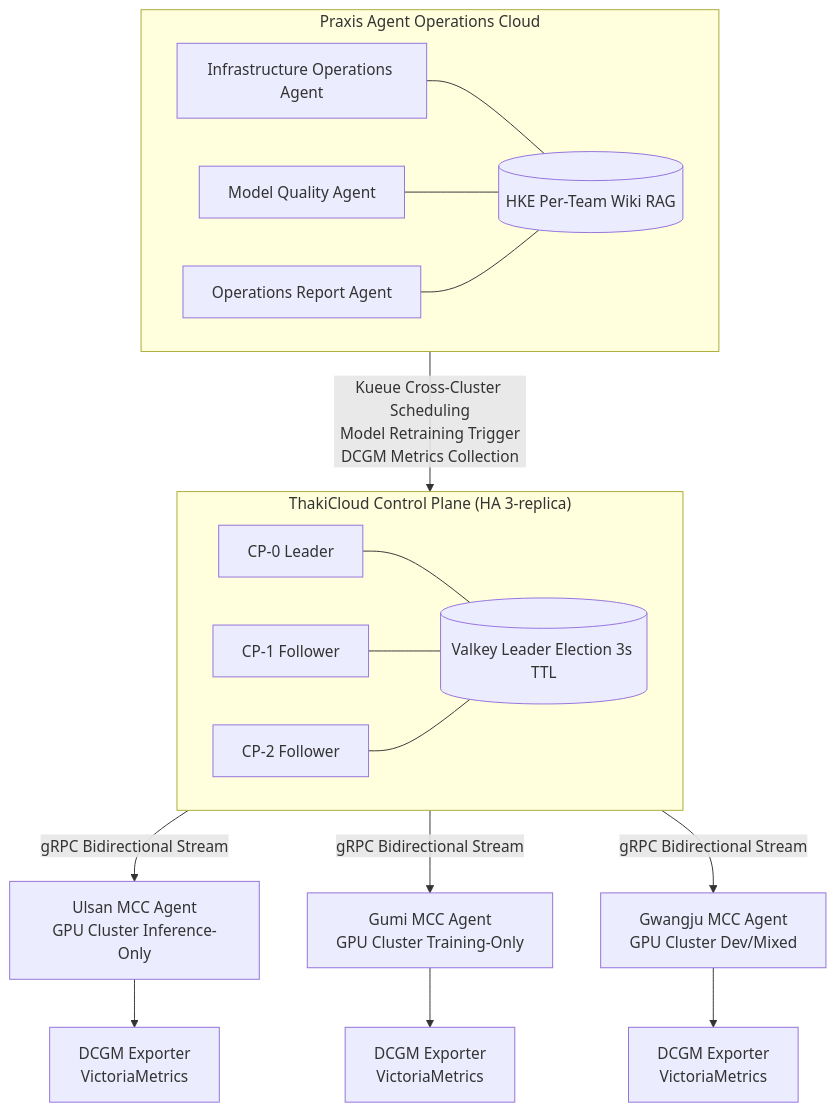
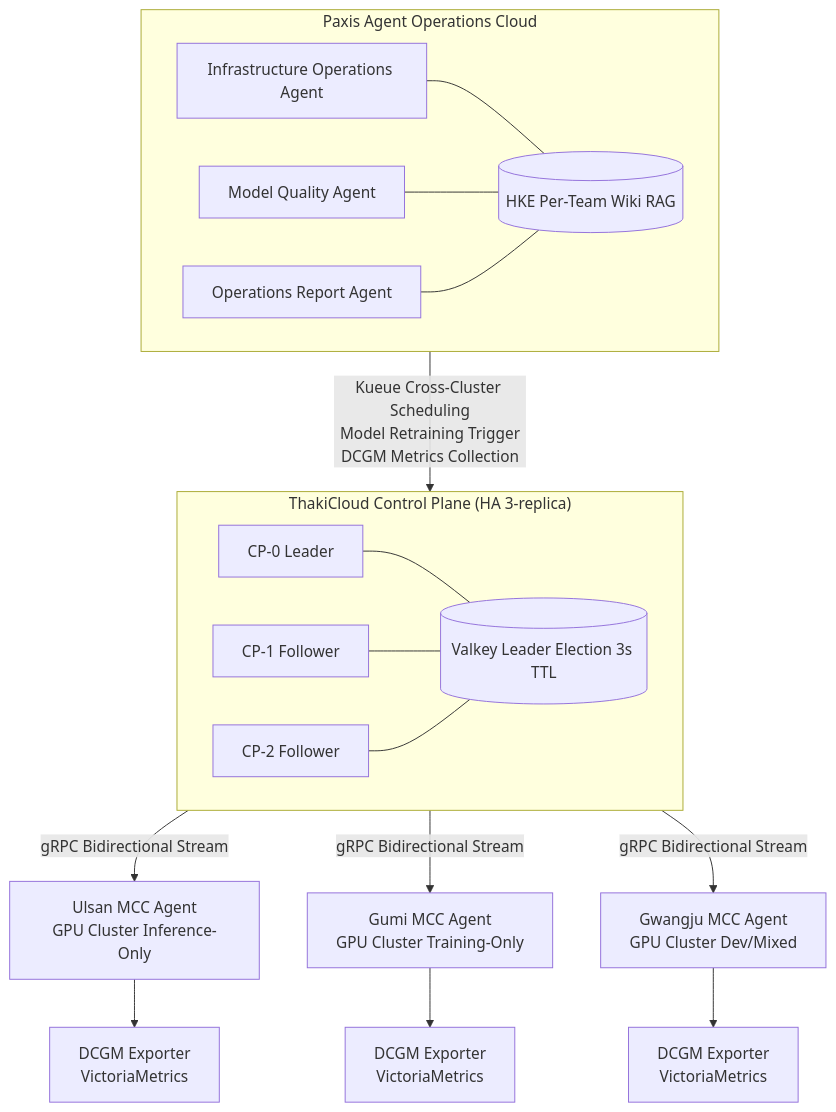
One commit to ThakiCloud/thakicloud.github.io changed the diagram in _posts/ar/agentops/2026-06-22-manufacturing-autonomous-agent-teams.md. Above: the diagram before and after it, drawn with Mermaid. The commit also changed other lines of this file and 44 other files, not shown here.

````diff
--- a/_posts/ar/agentops/2026-06-22-manufacturing-autonomous-agent-teams.md
+++ b/_posts/ar/agentops/2026-06-22-manufacturing-autonomous-agent-teams.md
@@ -84,32 +84,32 @@
 ```mermaid
 graph TB
     subgraph CP["ThakiCloud Control Plane (HA 3-replica)"]
         CP0[CP-0 Leader]
         CP1[CP-1 Follower]
         CP2[CP-2 Follower]
         VK[(Valkey Leader Election 3s TTL)]
         CP0 --- VK
         CP1 --- VK
         CP2 --- VK
     end
 
-    subgraph PRAXIS["Praxis Agent Operations Cloud"]
+    subgraph PAXIS["Paxis Agent Operations Cloud"]
         INFRA[Infrastructure Operations Agent]
         QA[Model Quality Agent]
         REPORT[Operations Report Agent]
         HKE[(HKE Per-Team Wiki RAG)]
         INFRA --- HKE
         QA --- HKE
         REPORT --- HKE
     end
 
     CP -->|"gRPC Bidirectional Stream"| US[Ulsan MCC Agent<br/>GPU Cluster Inference-Only]
     CP -->|"gRPC Bidirectional Stream"| GU[Gumi MCC Agent<br/>GPU Cluster Training-Only]
     CP -->|"gRPC Bidirectional Stream"| GJ[Gwangju MCC Agent<br/>GPU Cluster Dev/Mixed]
 
-    PRAXIS -->|"Kueue Cross-Cluster Scheduling<br/>Model Retraining Trigger<br/>DCGM Metrics Collection"| CP
+    PAXIS -->|"Kueue Cross-Cluster Scheduling<br/>Model Retraining Trigger<br/>DCGM Metrics Collection"| CP
 
     US --> DCGM1[DCGM Exporter<br/>VictoriaMetrics]
     GU --> DCGM2[DCGM Exporter<br/>VictoriaMetrics]
     GJ --> DCGM3[DCGM Exporter<br/>VictoriaMetrics]
 ```
````
